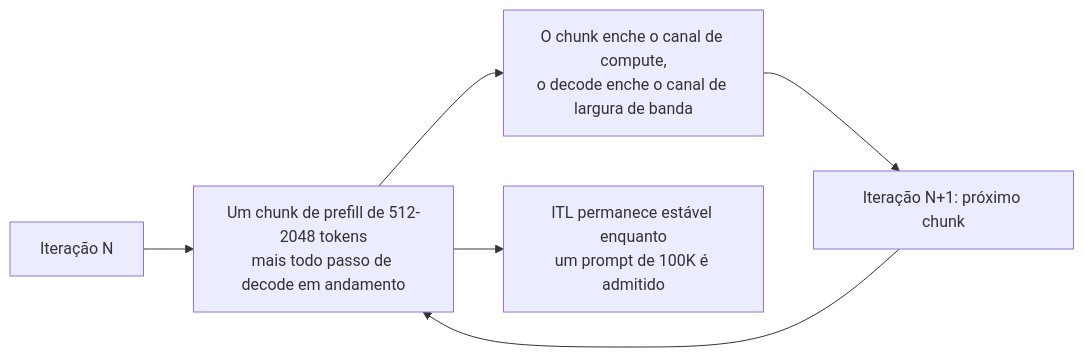
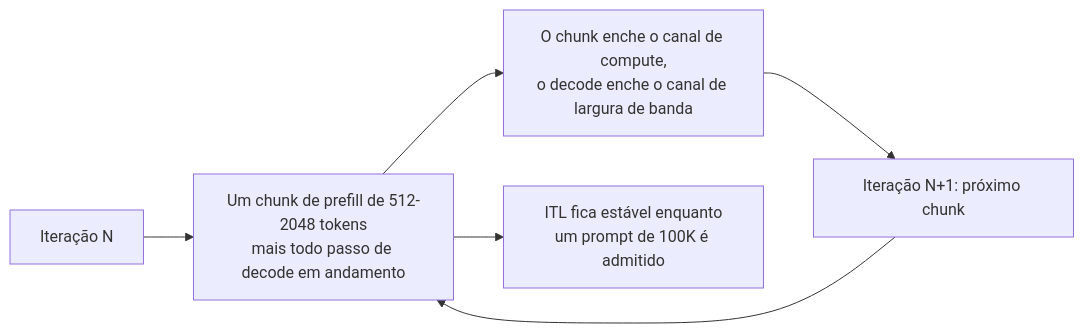
The ninth of 28 diagrams in 08-inference-and-production/questions.pt-BR.md (andrevberaldo/AI-Engineer-Interview-Questions), drawn with Mermaid before and after one commit. The commit also changed other lines of this file and 1 other file, not shown here.

````diff
--- a/08-inference-and-production/questions.pt-BR.md
+++ b/08-inference-and-production/questions.pt-BR.md
@@ -476,8 +476,8 @@
 ```mermaid
 flowchart LR
     A["Iteração N"] --> B["Um chunk de prefill de 512-2048 tokens<br/>mais todo passo de decode em andamento"]
     B --> C["O chunk enche o canal de compute,<br/>o decode enche o canal de largura de banda"]
     C --> D["Iteração N+1: próximo chunk"]
     D --> B
-    B --> E["ITL permanece estável enquanto<br/>um prompt de 100K é admitido"]
+    B --> E["ITL fica estável enquanto<br/>um prompt de 100K é admitido"]
 ```
````
